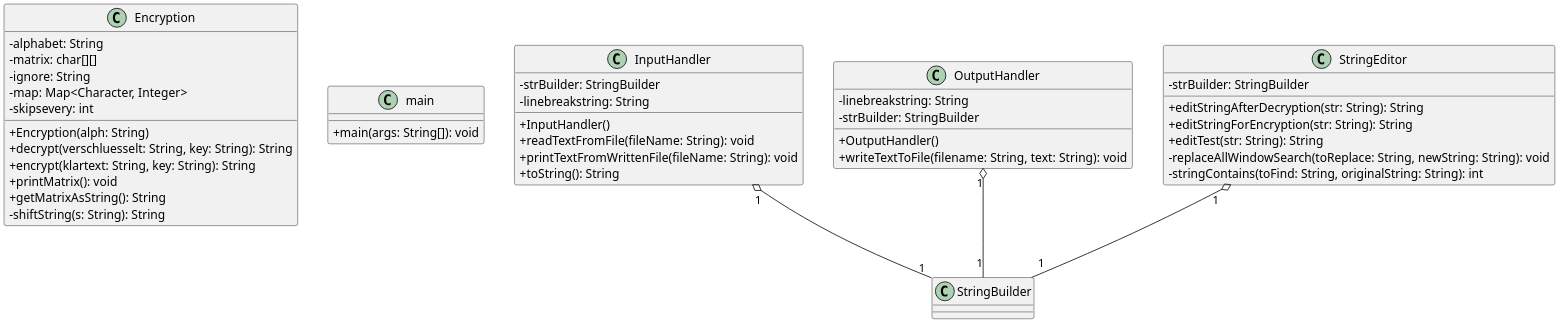
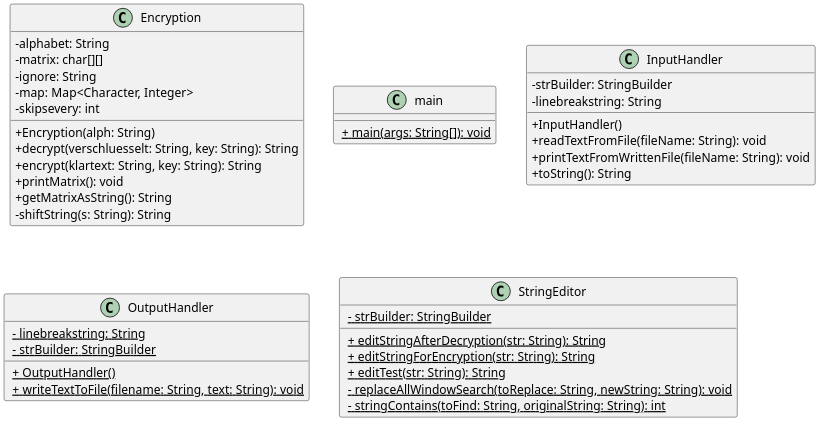
Before and after one commit to UnLukkyMe/oop3.6: the diagram in uml/uml.wsd, drawn with PlantUML. The commit also changed 5 other files, not shown here.

```diff
--- a/uml/uml.wsd
+++ b/uml/uml.wsd
@@ -1,52 +1,50 @@
 @startuml
 scale 2
 skinparam classAttributeIconSize 0
 
 class Encryption {
     - alphabet: String
     - matrix: char[][]
     - ignore: String
     - map: Map<Character, Integer>
     - skipsevery: int
     + Encryption(alph: String)
     + decrypt(verschluesselt: String, key: String): String
     + encrypt(klartext: String, key: String): String
     + printMatrix(): void
     + getMatrixAsString(): String
     - shiftString(s: String): String
 }
 
 class main {
-    + main(args: String[]): void
+    <u> + main(args: String[]): void
 }
 
 class InputHandler {
     - strBuilder: StringBuilder
     - linebreakstring: String
     + InputHandler()
     + readTextFromFile(fileName: String): void
     + printTextFromWrittenFile(fileName: String): void
     + toString(): String
 }
 
 class OutputHandler {
-    - linebreakstring: String
-    - strBuilder: StringBuilder
-    + OutputHandler()
-    + writeTextToFile(filename: String, text: String): void
+   <u> - linebreakstring: String
+   <u> - strBuilder: StringBuilder
+   <u> + OutputHandler()
+   <u> + writeTextToFile(filename: String, text: String): void
 }
 
 class StringEditor {
-    - strBuilder: StringBuilder
-    + editStringAfterDecryption(str: String): String
-    + editStringForEncryption(str: String): String
-    + editTest(str: String): String
-    - replaceAllWindowSearch(toReplace: String, newString: String): void
-    - stringContains(toFind: String, originalString: String): int
+   <u> - strBuilder: StringBuilder
+   <u> + editStringAfterDecryption(str: String): String
+   <u> + editStringForEncryption(str: String): String
+   <u> + editTest(str: String): String
+   <u> - replaceAllWindowSearch(toReplace: String, newString: String): void
+   <u> - stringContains(toFind: String, originalString: String): int
 }
 
-InputHandler "1" o-- "1" StringBuilder
-OutputHandler "1" o-- "1" StringBuilder
-StringEditor "1" o-- "1" StringBuilder
+
 
 @enduml
```
